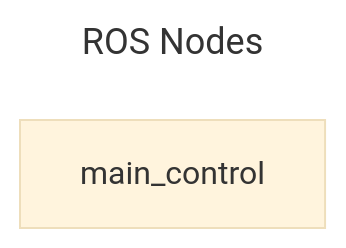
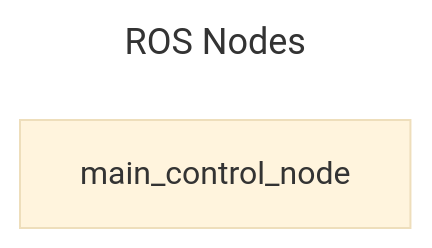
One commit to GOFIRST-Robotics/Lunabotics changed the second of 5 diagrams in README.md. Above: the diagram before and after it, drawn with Mermaid (base theme). The commit also changed other lines of this file, not shown here.

````diff
--- a/README.md
+++ b/README.md
@@ -37,10 +37,10 @@
 ```mermaid
 ---
 title: ROS Nodes
 ---
 graph TB
 
-    main_control
+    main_control_node
 
 
 ```
````
